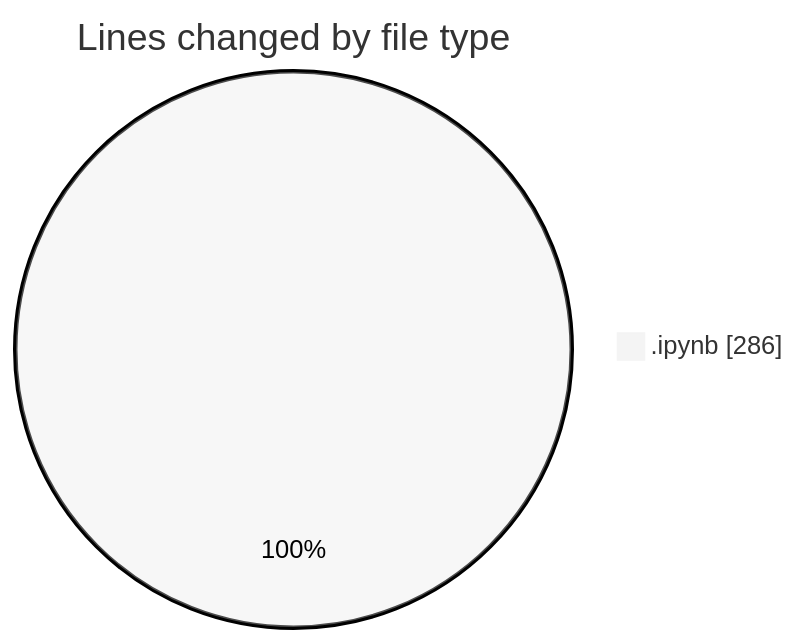
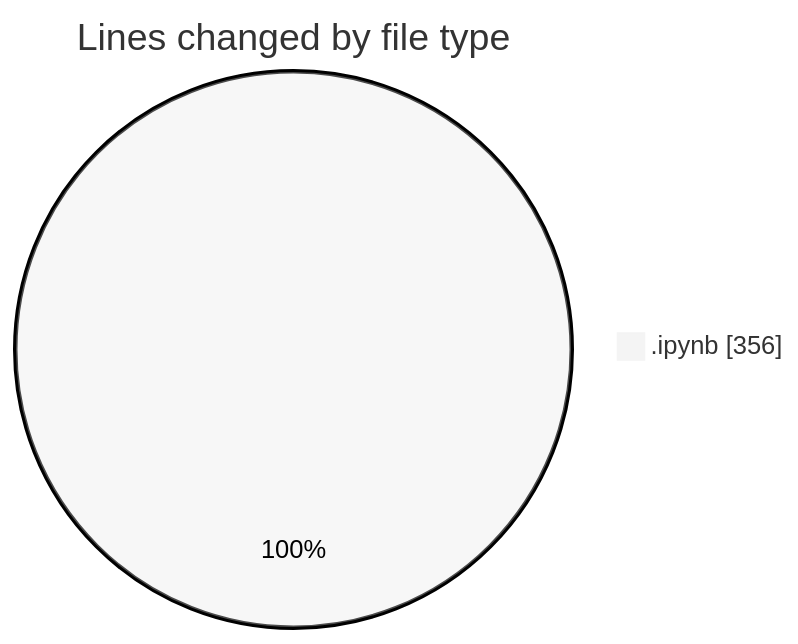
One commit to idhammustaqopulfikri/code-tracking changed the first of 2 diagrams in 2025-10-13/mencoba/README.md. Above: the diagram before and after it, drawn with Mermaid (neutral theme). The commit also changed other lines of this file and 1 other file, not shown here.

````diff
--- a/2025-10-13/mencoba/README.md
+++ b/2025-10-13/mencoba/README.md
@@ -20,5 +20,5 @@
 ```mermaid
 pie showData
 title Lines changed by file type
-".ipynb" : 286
+".ipynb" : 356
 ```
````
